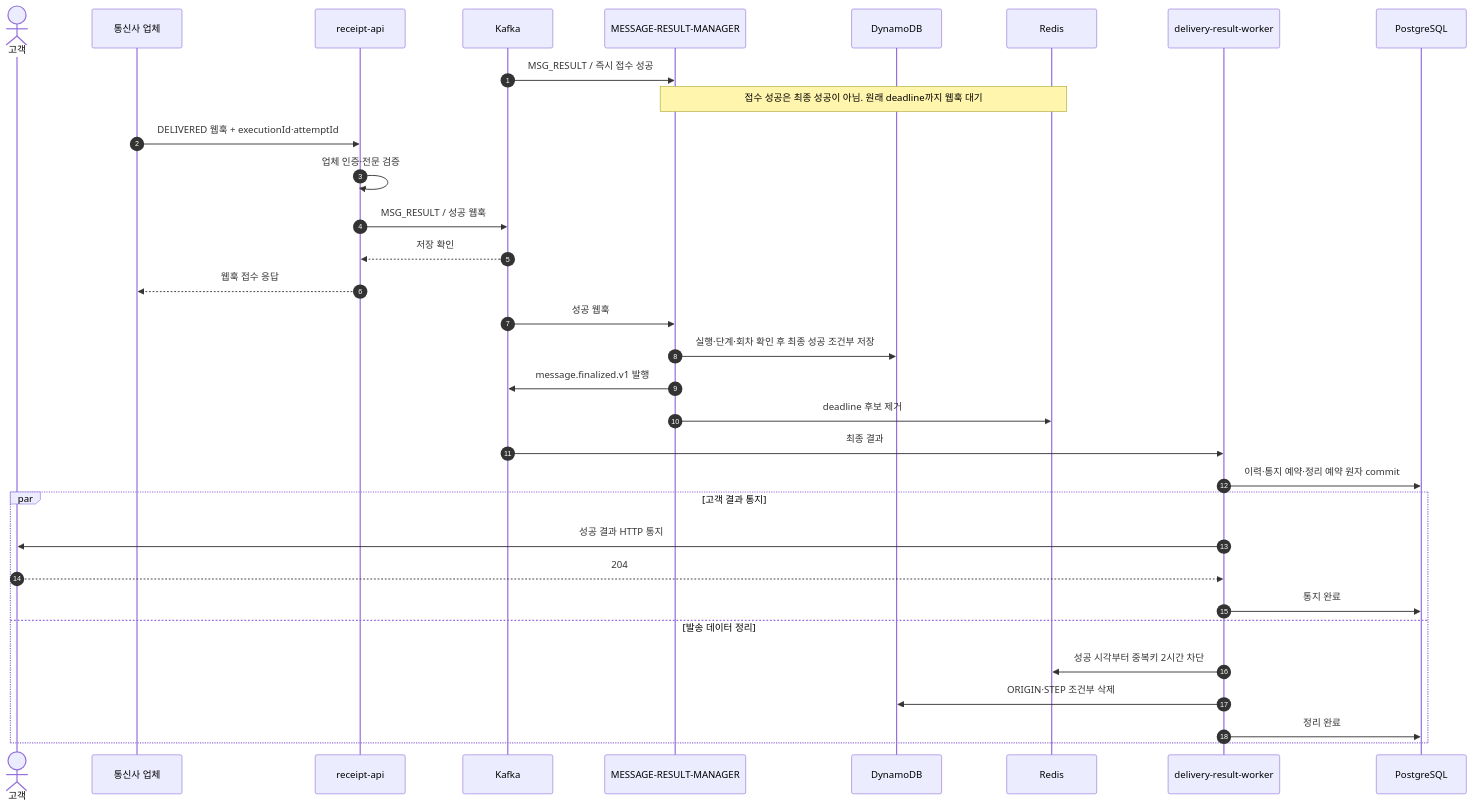
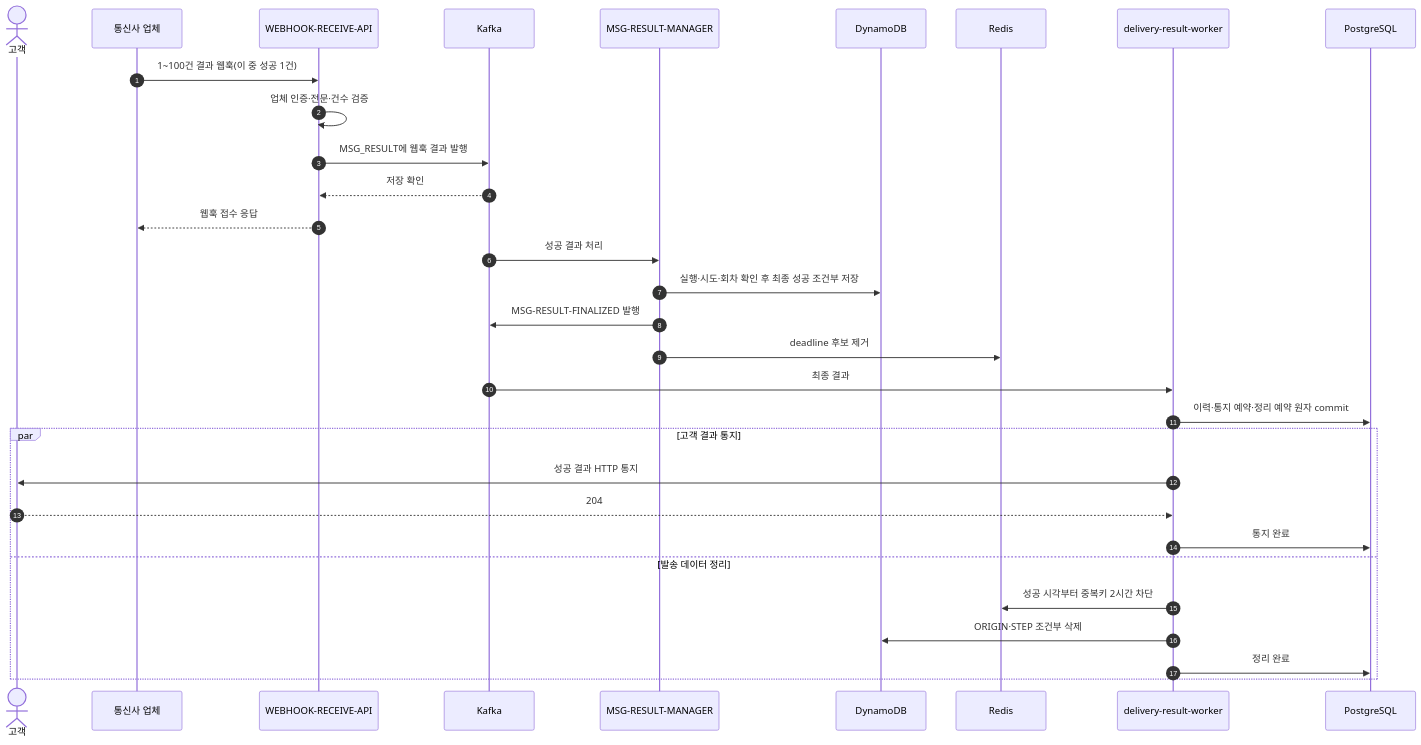
Before and after one commit to hyun-seung/High-throughput-event-platform: the second of 9 diagrams in docs/53-신규-메시지-케이스별-Call-Flow.md, drawn with Mermaid. The commit also changed other lines of this file and 5 other files, not shown here.

````diff
--- a/docs/53-신규-메시지-케이스별-Call-Flow.md
+++ b/docs/53-신규-메시지-케이스별-Call-Flow.md
@@ -62,35 +62,33 @@
 ```mermaid
 sequenceDiagram
     autonumber
     actor C as 고객
     participant P as 통신사 업체
-    participant W as receipt-api
+    participant W as WEBHOOK-RECEIVE-API
     participant K as Kafka
-    participant M as MESSAGE-RESULT-MANAGER
+    participant M as MSG-RESULT-MANAGER
     participant D as DynamoDB
     participant R as Redis
     participant H as delivery-result-worker
     participant Q as PostgreSQL
-    K->>M: MSG_RESULT / 즉시 접수 성공
-    Note over M,R: 접수 성공은 최종 성공이 아님. 원래 deadline까지 웹훅 대기
-    P->>W: DELIVERED 웹훅 + executionId·attemptId
-    W->>W: 업체 인증·전문 검증
-    W->>K: MSG_RESULT / 성공 웹훅
+    P->>W: 1~100건 결과 웹훅(이 중 성공 1건)
+    W->>W: 업체 인증·전문·건수 검증
+    W->>K: MSG_RESULT에 웹훅 결과 발행
     K-->>W: 저장 확인
     W-->>P: 웹훅 접수 응답
-    K->>M: 성공 웹훅
-    M->>D: 실행·단계·회차 확인 후 최종 성공 조건부 저장
-    M->>K: message.finalized.v1 발행
+    K->>M: 성공 결과 처리
+    M->>D: 실행·시도·회차 확인 후 최종 성공 조건부 저장
+    M->>K: MSG-RESULT-FINALIZED 발행
     M->>R: deadline 후보 제거
     K->>H: 최종 결과
     H->>Q: 이력·통지 예약·정리 예약 원자 commit
     par 고객 결과 통지
         H->>C: 성공 결과 HTTP 통지
         C-->>H: 204
         H->>Q: 통지 완료
     and 발송 데이터 정리
         H->>R: 성공 시각부터 중복키 2시간 차단
         H->>D: ORIGIN·STEP 조건부 삭제
         H->>Q: 정리 완료
     end
 ```
````
